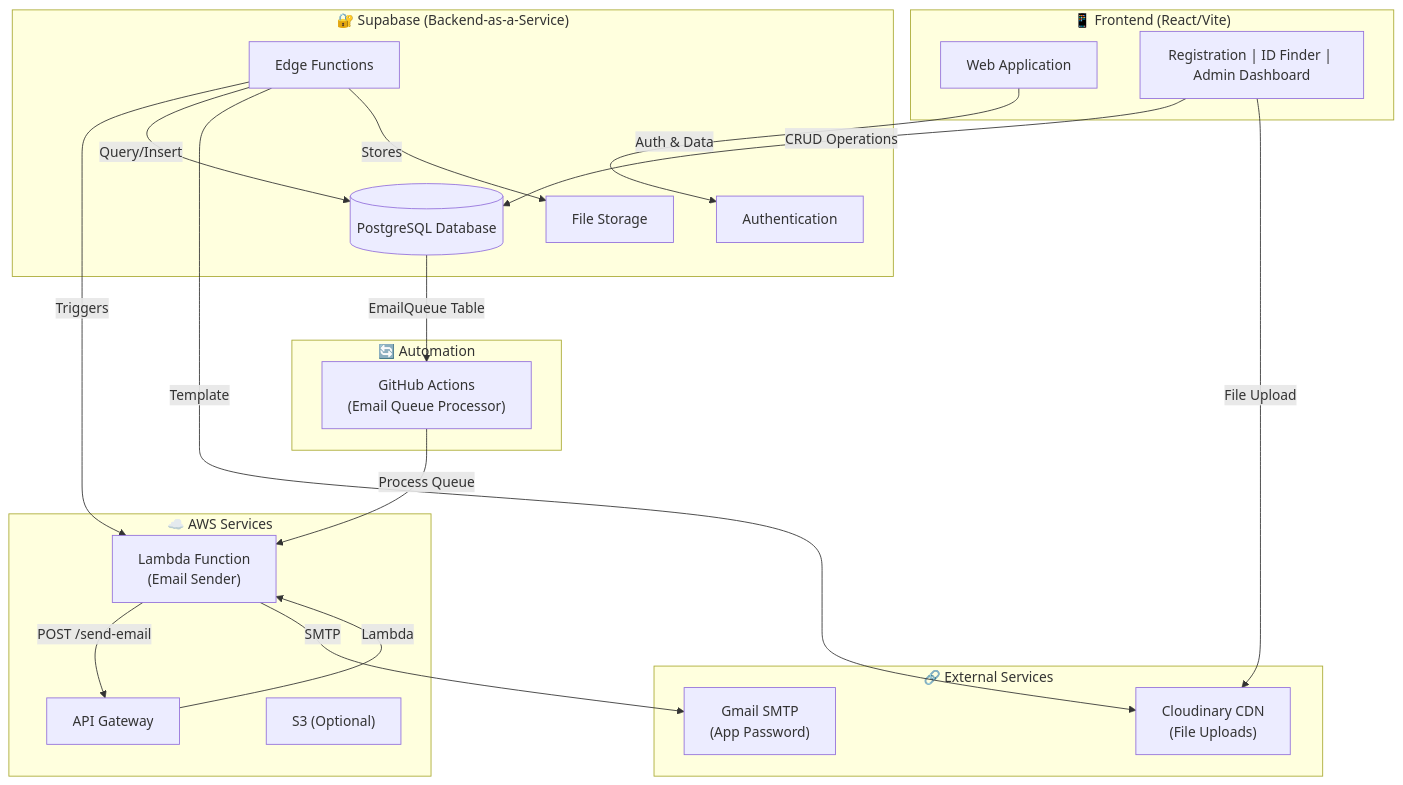
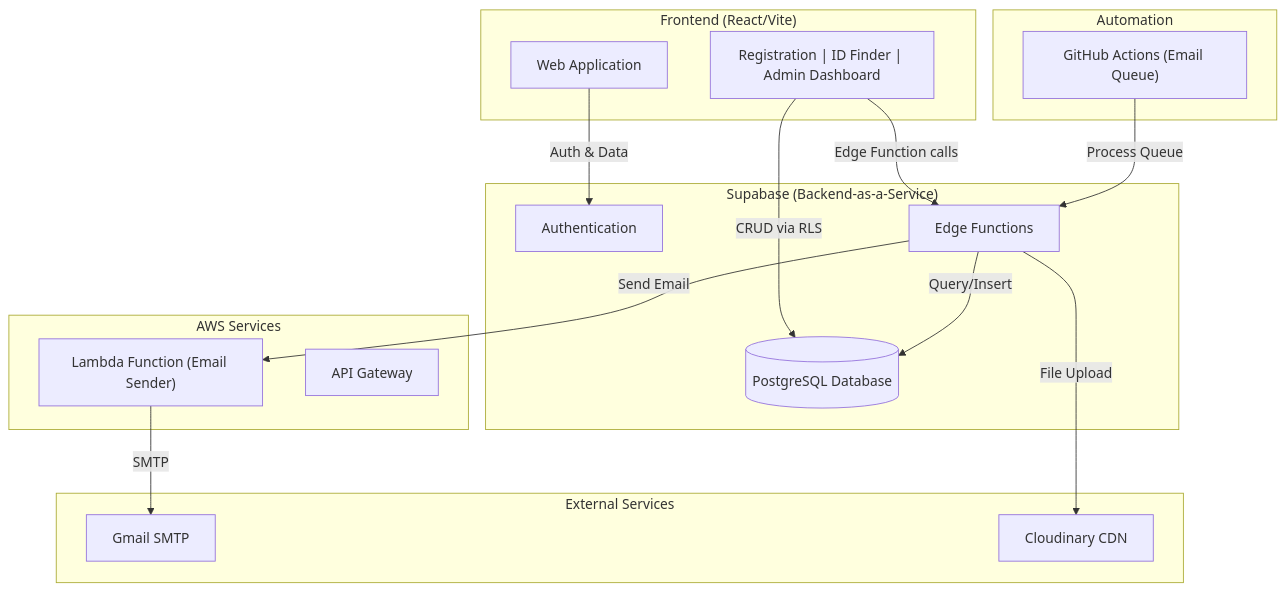
The diagram in README.md (andurehhh/SBG-Registration), drawn with Mermaid before and after one commit. The commit also changed other lines of this file and 75 other files, not shown here.

Commit message:
Architecture Change

````diff
--- a/README.md
+++ b/README.md
@@ -23,46 +42,38 @@
 ```mermaid
 graph TB
-    subgraph Frontend["📱 Frontend (React/Vite)"]
+    subgraph Frontend["Frontend (React/Vite)"]
         Website["Web Application"]
         Pages["Registration | ID Finder | Admin Dashboard"]
     end
-    
-    subgraph Supabase["🔐 Supabase (Backend-as-a-Service)"]
+
+    subgraph Supabase["Supabase (Backend-as-a-Service)"]
         Auth["Authentication"]
         DB[(PostgreSQL Database)]
         EdgeFns["Edge Functions"]
-        Storage["File Storage"]
     end
-    
-    subgraph AWS["☁️ AWS Services"]
-        Lambda["Lambda Function<br/>(Email Sender)"]
+
+    subgraph AWS["AWS Services"]
+        Lambda["Lambda Function (Email Sender)"]
         APIGw["API Gateway"]
-        S3["S3 (Optional)"]
     end
-    
-    subgraph External["🔗 External Services"]
-        Gmail["Gmail SMTP<br/>(App Password)"]
-        Cloudinary["Cloudinary CDN<br/>(File Uploads)"]
+
+    subgraph External["External Services"]
+        Gmail["Gmail SMTP"]
+        Cloudinary["Cloudinary CDN"]
     end
-    
-    subgraph GitHub["🔄 Automation"]
-        Actions["GitHub Actions<br/>(Email Queue Processor)"]
+
+    subgraph GitHub["Automation"]
+        Actions["GitHub Actions (Email Queue)"]
     end
-    
+
     Website -->|Auth & Data| Auth
-    Pages -->|CRUD Operations| DB
-    Pages -->|File Upload| Cloudinary
-    
-    EdgeFns -->|Triggers| Lambda
+    Pages -->|CRUD via RLS| DB
+    Pages -->|Edge Function calls| EdgeFns
+
+    EdgeFns -->|File Upload| Cloudinary
     EdgeFns -->|Query/Insert| DB
-    EdgeFns -->|Template| Cloudinary
-    
-    Lambda -->|POST /send-email| APIGw
-    APIGw -->|Lambda| Lambda
+    EdgeFns -->|Send Email| Lambda
+
     Lambda -->|SMTP| Gmail
-    
-    DB -->|EmailQueue Table| Actions
-    Actions -->|Process Queue| Lambda
-    
-    EdgeFns -->|Stores| Storage
+    Actions -->|Process Queue| EdgeFns
 ```
````
